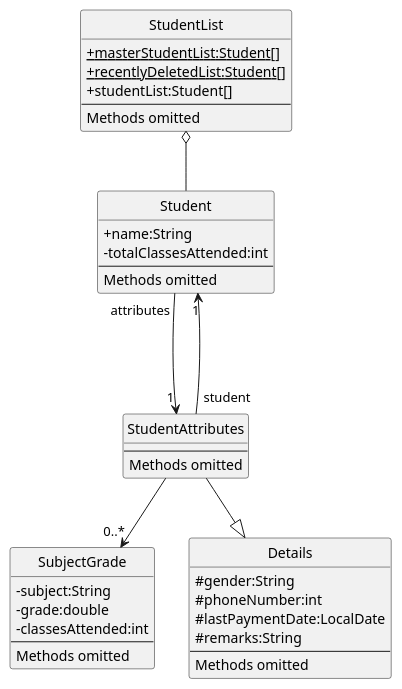
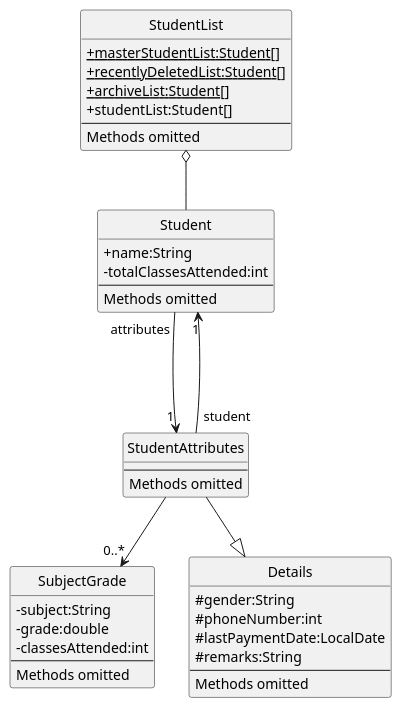
The diagram in docs/diagrams/src/DataStoring/DataStoring.puml (blackmirag3/Classify), drawn with PlantUML before and after one commit. The commit also changed 7 other files, not shown here.

Commit message:
Add ppp, Edit DG diagrams

```diff
--- a/docs/diagrams/src/DataStoring/DataStoring.puml
+++ b/docs/diagrams/src/DataStoring/DataStoring.puml
@@ -1,51 +1,52 @@
 @startuml DateStoring
 skinparam classAttributeIconSize 0
 hide circle
 class StudentList {
     {static} +masterStudentList:Student[]
     {static} +recentlyDeletedList:Student[]
+    {static} +archiveList:Student[]
     +studentList:Student[]
     --
     Methods omitted
 }
 
 class Student {
     +name:String
     -totalClassesAttended:int
     --
     Methods omitted
 }
 
 class SubjectGrade {
     -subject:String
     -grade:double
     -classesAttended:int
     --
     Methods omitted
 }
 
 class Details {
     #gender:String 
     #phoneNumber:int
     #lastPaymentDate:LocalDate
     #remarks:String
     --
     Methods omitted
 }
 
 class StudentAttributes {
     --
     Methods omitted
 }
 
 StudentList o-- Student
 
 Student "attributes"---> "1" StudentAttributes
 
 StudentAttributes --down|> Details
 StudentAttributes -->"0..*" SubjectGrade
 StudentAttributes "student" --> "1" Student
 
 
 
 @enduml
```
